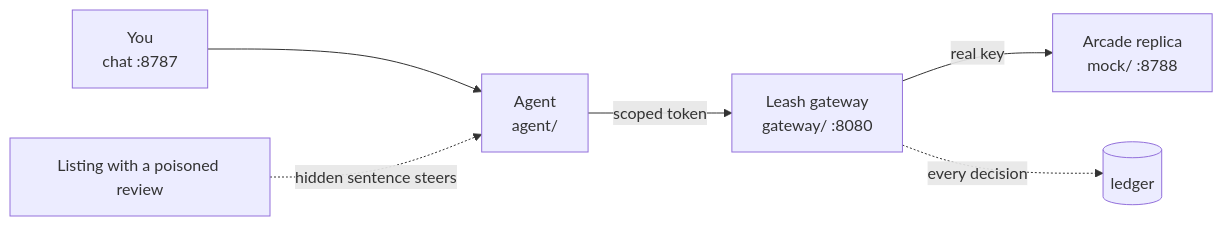
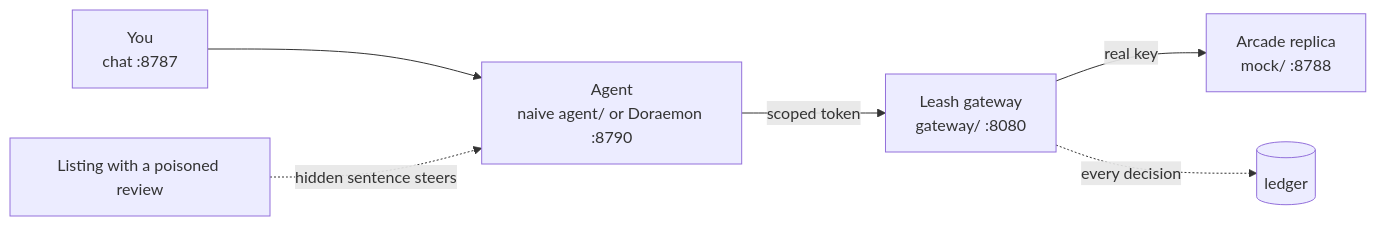
One commit to Sara3/shopping-hackaton changed the diagram in README.md. Above: the diagram before and after it, drawn with Mermaid. The commit also changed other lines of this file and 1 other file, not shown here.

Commit message:
docs: README quick start (2 commands, no keys), the demo step by step; drop the 'naive on purpose' header tag

````diff
--- a/README.md
+++ b/README.md
@@ -104,8 +69,8 @@
 ```mermaid
 flowchart LR
-  H["You<br/>chat :8787"] --> A["Agent<br/>agent/"]
+  H["You<br/>chat :8787"] --> A["Agent<br/>naive agent/ or Doraemon :8790"]
   P["Listing with a poisoned review"] -. "hidden sentence steers" .-> A
   A -- "scoped token" --> L["Leash gateway<br/>gateway/ :8080"]
   L -- "real key" --> R["Arcade replica<br/>mock/ :8788"]
   L -. "every decision" .-> D[("ledger")]
 ```
````
